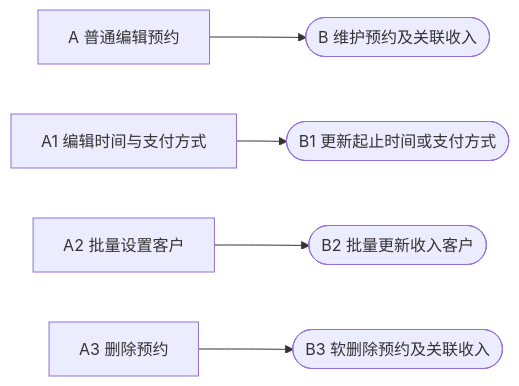
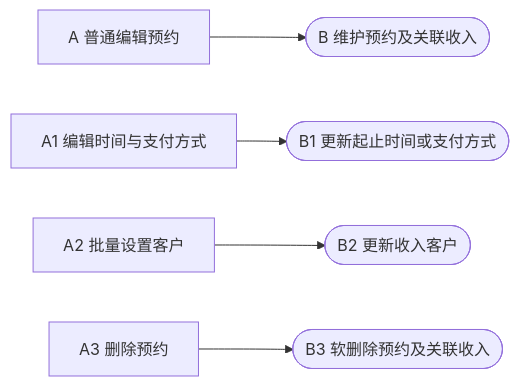
Before and after one commit to mapanpan0802-ui/codexAi: the second of 6 diagrams in skill-previews/code-module-feature-map/yard-tank-clean/developer-guide.md, drawn with Mermaid. The commit also changed other lines of this file and 5 other files, not shown here.

````diff
--- a/skill-previews/code-module-feature-map/yard-tank-clean/developer-guide.md
+++ b/skill-previews/code-module-feature-map/yard-tank-clean/developer-guide.md
@@ -59,7 +60,7 @@
 ```mermaid
 flowchart LR
     A["A 普通编辑预约"] --> B(["B 维护预约及关联收入"])
     A1["A1 编辑时间与支付方式"] --> B1(["B1 更新起止时间或支付方式"])
-    A2["A2 批量设置客户"] --> B2(["B2 批量更新收入客户"])
+    A2["A2 批量设置客户"] --> B2(["B2 更新收入客户"])
     A3["A3 删除预约"] --> B3(["B3 软删除预约及关联收入"])
 ```
````
